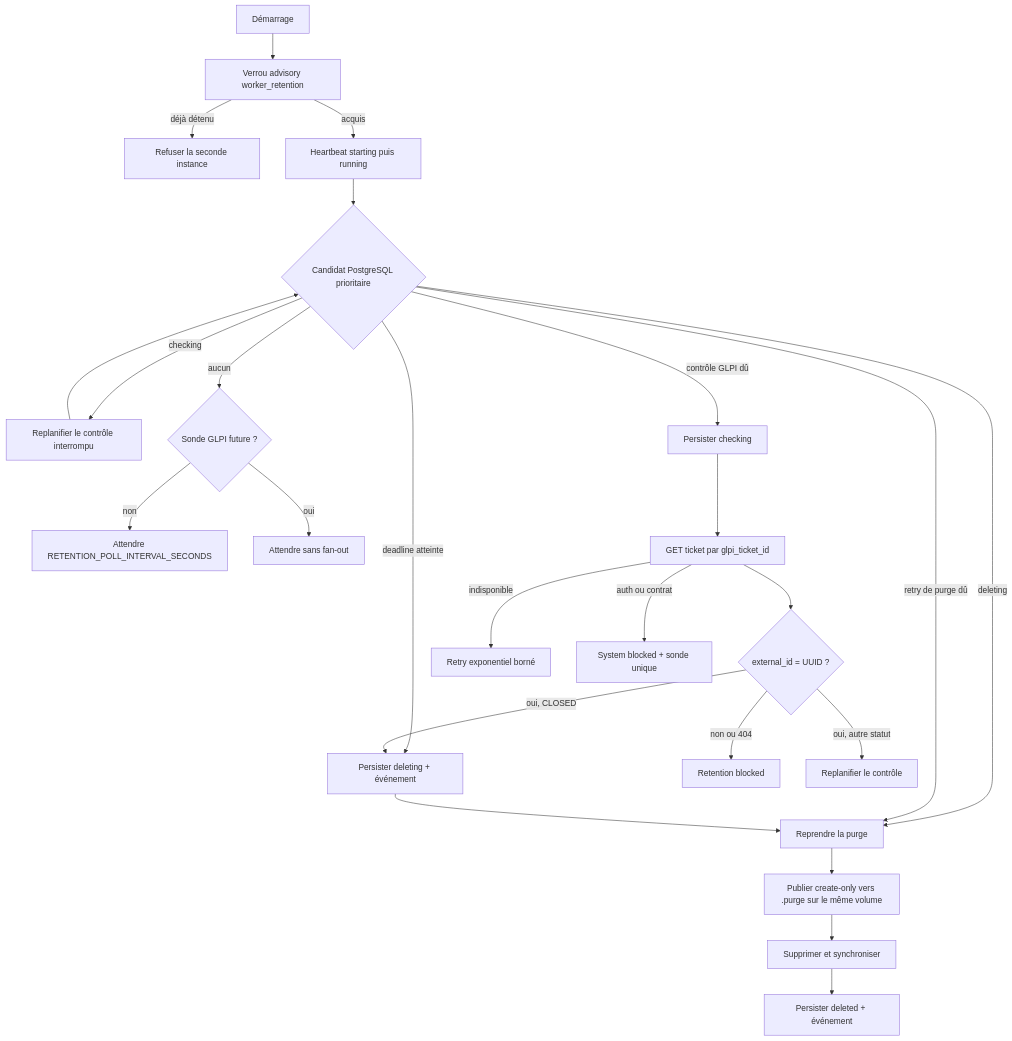
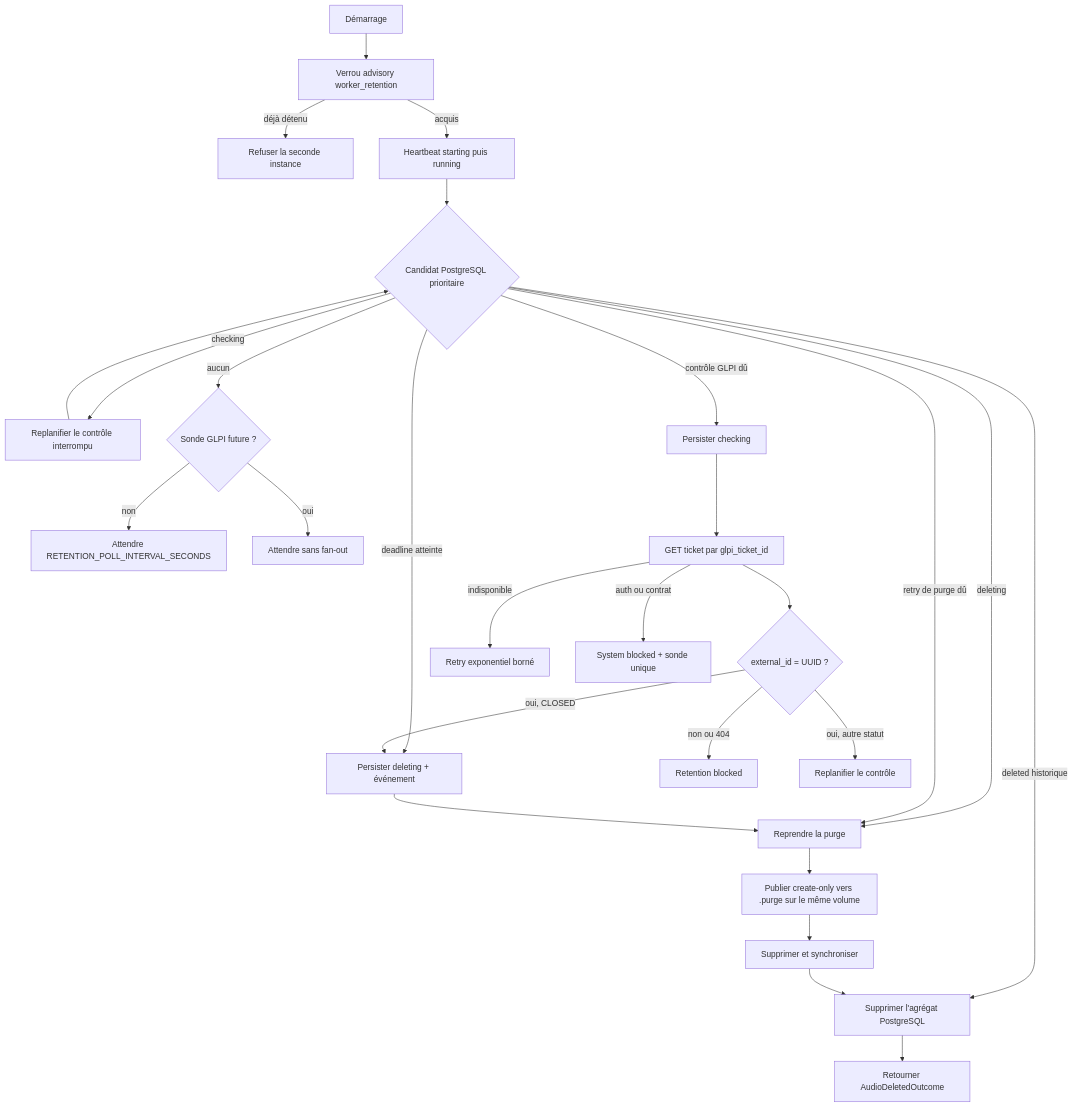
The diagram in apps/worker-retention/README.md (dev-vauclaire/mevo2glpi), drawn with Mermaid before and after one commit. The commit also changed other lines of this file and 27 other files, not shown here.

Commit message:
feat(retention): purge database after audio deletion

````diff
--- a/apps/worker-retention/README.md
+++ b/apps/worker-retention/README.md
@@ -52,30 +53,32 @@
 ```mermaid
 flowchart TD
     Start[Démarrage] --> Lock[Verrou advisory worker_retention]
     Lock -->|déjà détenu| Refuse[Refuser la seconde instance]
     Lock -->|acquis| Heartbeat[Heartbeat starting puis running]
     Heartbeat --> Select{Candidat PostgreSQL prioritaire}
 
     Select -->|deleting| Purge[Reprendre la purge]
+    Select -->|deleted historique| DatabasePurge[Supprimer l'agrégat PostgreSQL]
     Select -->|checking| Recover[Replanifier le contrôle interrompu]
     Select -->|deadline atteinte| Intent[Persister deleting + événement]
     Select -->|retry de purge dû| Purge
     Select -->|contrôle GLPI dû| Check[Persister checking]
     Select -->|aucun| Gate{Sonde GLPI future ?}
     Gate -->|non| Idle[Attendre RETENTION_POLL_INTERVAL_SECONDS]
     Gate -->|oui| Wait[Attendre sans fan-out]
 
     Recover --> Select
     Check --> Get[GET ticket par glpi_ticket_id]
     Get --> Correlate{external_id = UUID ?}
     Correlate -->|non ou 404| Block[Retention blocked]
     Correlate -->|oui, CLOSED| Intent
     Correlate -->|oui, autre statut| Reschedule[Replanifier le contrôle]
     Get -->|indisponible| Retry[Retry exponentiel borné]
     Get -->|auth ou contrat| Probe[System blocked + sonde unique]
 
     Intent --> Purge
     Purge --> Move[Publier create-only vers .purge sur le même volume]
     Move --> Unlink[Supprimer et synchroniser]
-    Unlink --> Deleted[Persister deleted + événement]
+    Unlink --> DatabasePurge
+    DatabasePurge --> Done[Retourner AudioDeletedOutcome]
 ```
````
